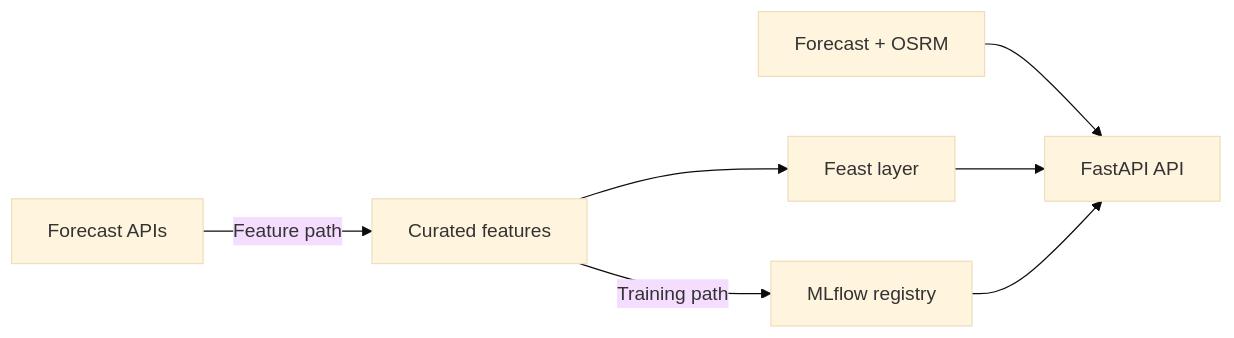
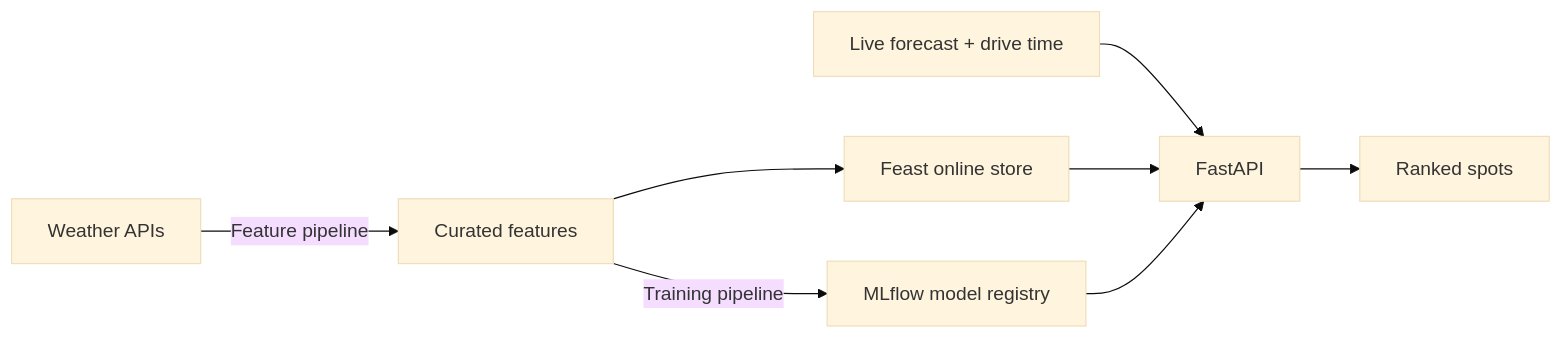
Before and after one commit to javihslu/foehncast: the first of 2 diagrams in README.md, drawn with Mermaid (base theme). The commit also changed other lines of this file and 6 other files, not shown here.

````diff
--- a/README.md
+++ b/README.md
@@ -12,9 +12,10 @@
 ```mermaid
 flowchart LR
-  Forecasts[Forecast APIs] -->|Feature path| Curated[Curated features]
-  Curated -->|Training path| Registry[MLflow registry]
-  Curated --> Feast[Feast layer]
-  Inputs[Forecast + OSRM] --> API[FastAPI API]
+  Forecasts[Weather APIs] -->|Feature pipeline| Curated[Curated features]
+  Curated -->|Training pipeline| Registry[MLflow model registry]
+  Curated --> Feast[Feast online store]
+  Inputs[Live forecast + drive time] --> API[FastAPI]
   Feast --> API
   Registry --> API
+  API --> Rank[Ranked spots]
 ```
````
